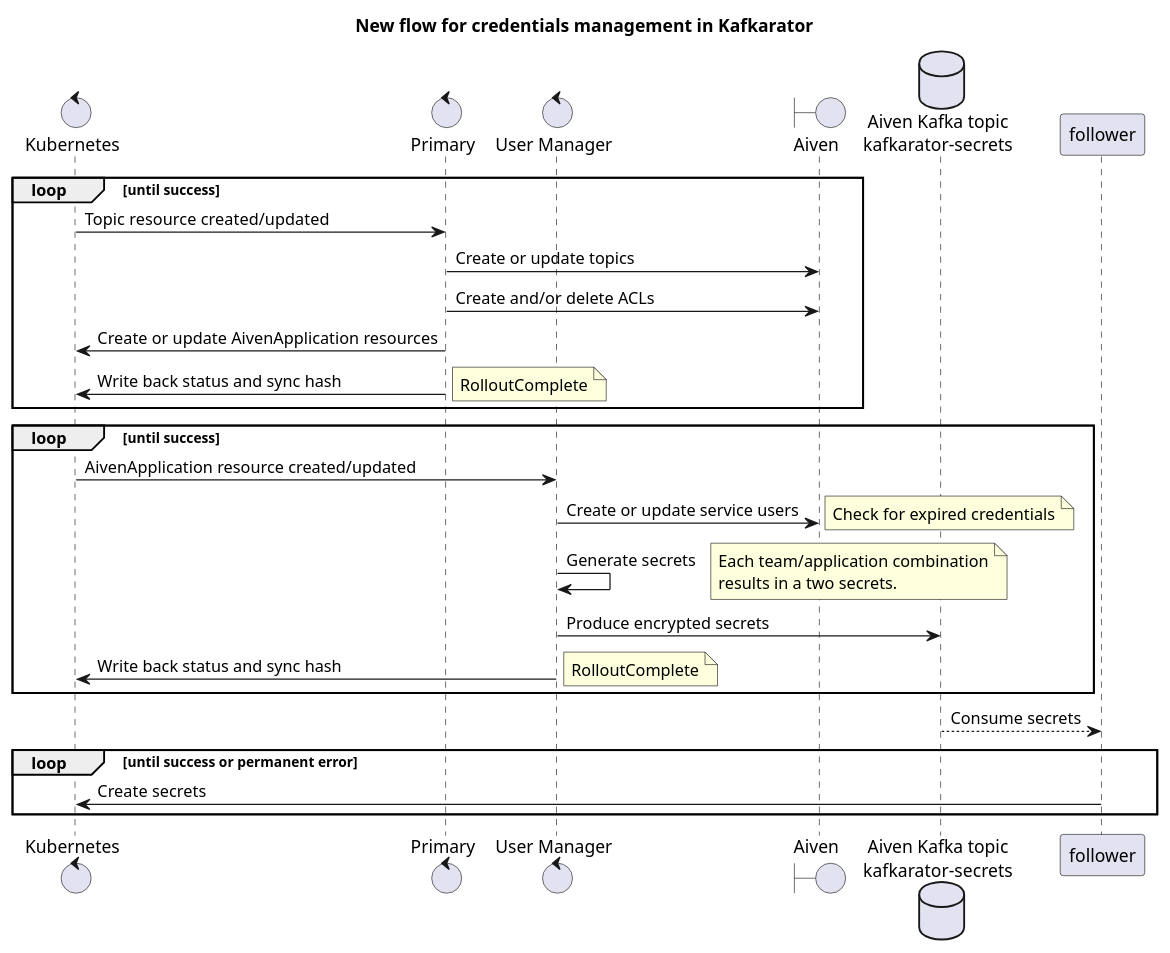
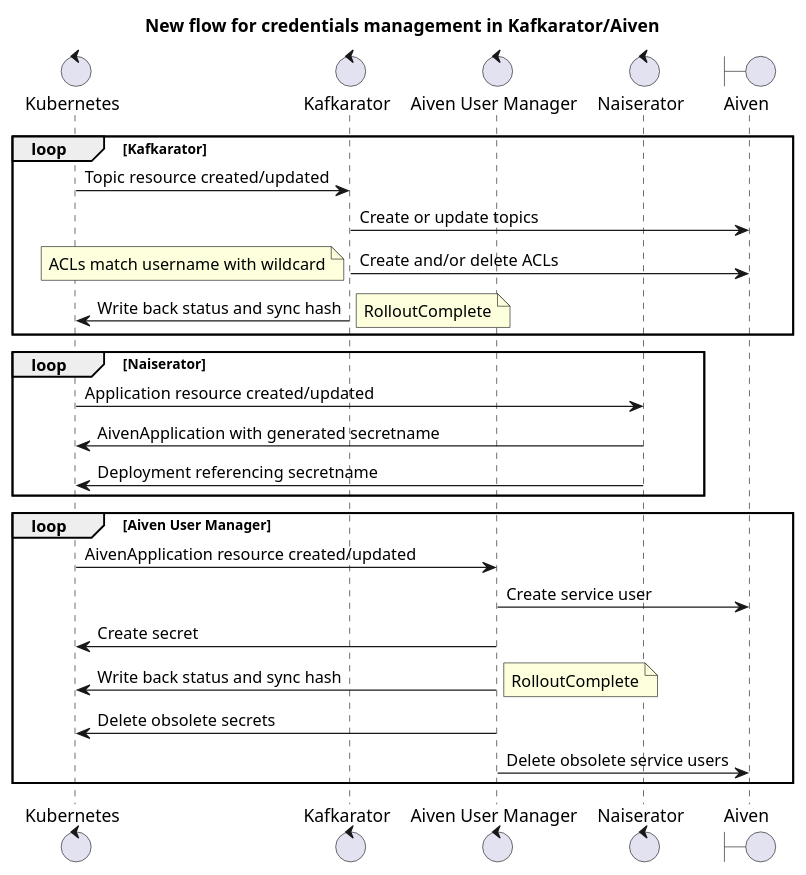
One commit to nais/kafkarator changed the diagram in doc/adr/0005-new-synchronization-flow.puml. Above: the diagram before and after it, drawn with PlantUML. The commit also changed 6 other files, not shown here.

Commit message:
New flow described

```diff
--- a/doc/adr/0005-new-synchronization-flow.puml
+++ b/doc/adr/0005-new-synchronization-flow.puml
@@ -1,37 +1,36 @@
 @startuml
 
-title New flow for credentials management in Kafkarator
+title New flow for credentials management in Kafkarator/Aiven
 
 control kubernetes as "Kubernetes"
-control primary as "Primary"
-control userManager as "User Manager"
+control kafkarator as "Kafkarator"
+control userManager as "Aiven User Manager"
+control naiserator as "Naiserator"
 boundary aiven as "Aiven"
-database kafka as "Aiven Kafka topic\nkafkarator-secrets"
 
-loop until success
-kubernetes -> primary : Topic resource created/updated
-primary -> aiven : Create or update topics
-primary -> aiven : Create and/or delete ACLs
-primary -> kubernetes : Create or update AivenApplication resources
-primary -> kubernetes : Write back status and sync hash
+loop Kafkarator
+kubernetes -> kafkarator : Topic resource created/updated
+kafkarator -> aiven : Create or update topics
+kafkarator -> aiven : Create and/or delete ACLs
+note left: ACLs match username with wildcard
+kafkarator -> kubernetes : Write back status and sync hash
 note right: RolloutComplete
 end
 
-loop until success
+loop Naiserator
+kubernetes -> naiserator : Application resource created/updated
+naiserator -> kubernetes : AivenApplication with generated secretname
+naiserator -> kubernetes : Deployment referencing secretname
+end
+
+loop Aiven User Manager
 kubernetes -> userManager : AivenApplication resource created/updated
-userManager -> aiven : Create or update service users
-note right: Check for expired credentials
-userManager -> userManager : Generate secrets
-note right: Each team/application combination\nresults in a two secrets.
-userManager -> kafka : Produce encrypted secrets
+userManager -> aiven : Create service user
+userManager -> kubernetes : Create secret
 userManager -> kubernetes : Write back status and sync hash
 note right: RolloutComplete
-end
-
-kafka --> follower : Consume secrets
-
-loop until success or permanent error
-    follower -> kubernetes : Create secrets
+userManager -> kubernetes : Delete obsolete secrets
+userManager -> aiven : Delete obsolete service users
 end
 
 @enduml
```
